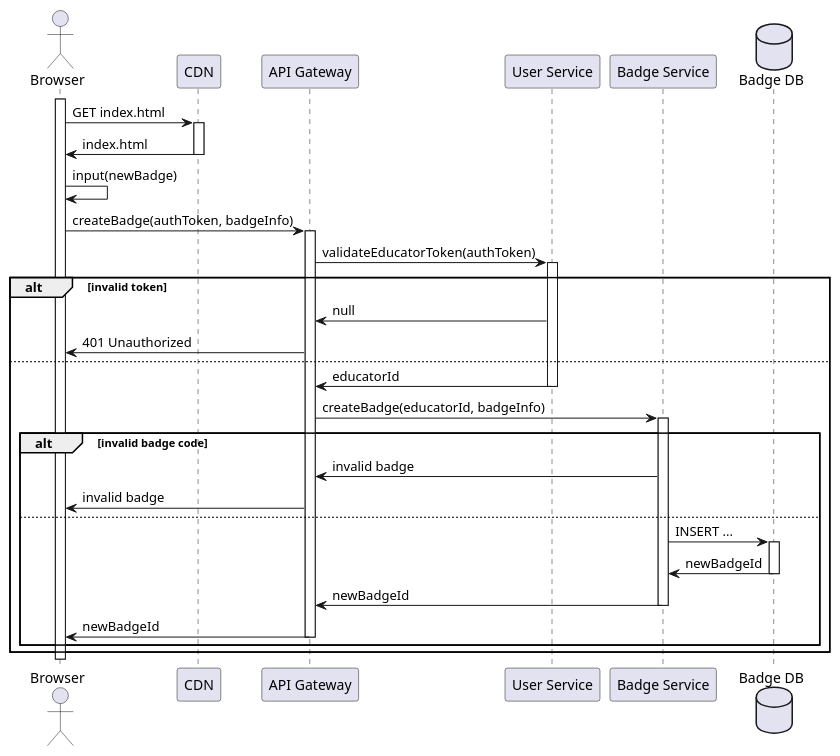
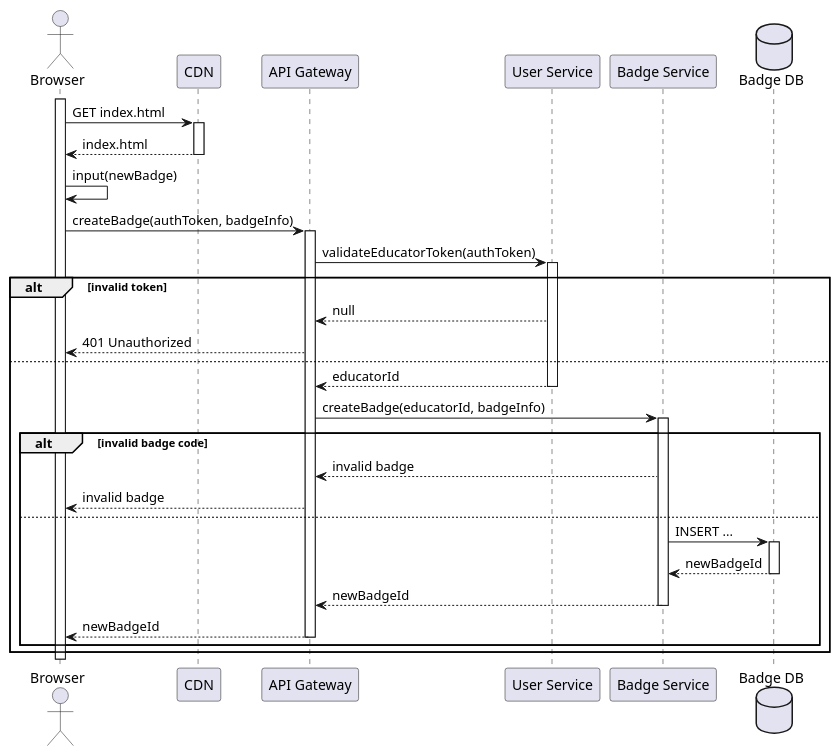
One commit to Furrrlo/CodeKataBattle changed the diagram in dd/puml/rw2.puml. Above: the diagram before and after it, drawn with PlantUML. The commit also changed 13 other files, not shown here.

Commit message:
Fix response dotted lines in RW seq diagrams

```diff
--- a/dd/puml/rw2.puml
+++ b/dd/puml/rw2.puml
@@ -1,37 +1,37 @@
 @startuml RW2 - Educator creates a new badge
 
 actor Browser
 participant CDN
 participant "API Gateway" as gateway
 participant "User Service" as auth
 participant "Badge Service" as badges
 database "Badge DB" as badgesDb
 
 activate Browser
 Browser -> CDN ++ : GET index.html
-Browser <- CDN -- : index.html
+Browser <-- CDN -- : index.html
 
 Browser -> Browser : input(newBadge)
 Browser -> gateway ++ : createBadge(authToken, badgeInfo)
 gateway -> auth ++ : validateEducatorToken(authToken)
 alt invalid token
-    gateway <- auth : null
-    Browser <- gateway : 401 Unauthorized
+    gateway <-- auth : null
+    Browser <-- gateway : 401 Unauthorized
 else
-    gateway <- auth -- : educatorId
+    gateway <-- auth -- : educatorId
     gateway -> badges ++ : createBadge(educatorId, badgeInfo)
 
     alt invalid badge code
-        gateway <- badges : invalid badge
-        Browser <- gateway : invalid badge
+        gateway <-- badges : invalid badge
+        Browser <-- gateway : invalid badge
     else
         badges -> badgesDb ++ : INSERT ...
-        badges <- badgesDb -- : newBadgeId
-        gateway <- badges -- : newBadgeId
-        Browser <- gateway -- : newBadgeId
+        badges <-- badgesDb -- : newBadgeId
+        gateway <-- badges -- : newBadgeId
+        Browser <-- gateway -- : newBadgeId
     end
 end
 
 deactivate Browser
 
 @enduml
```
